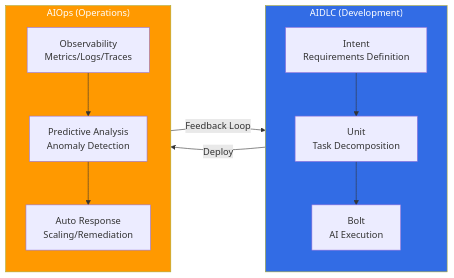
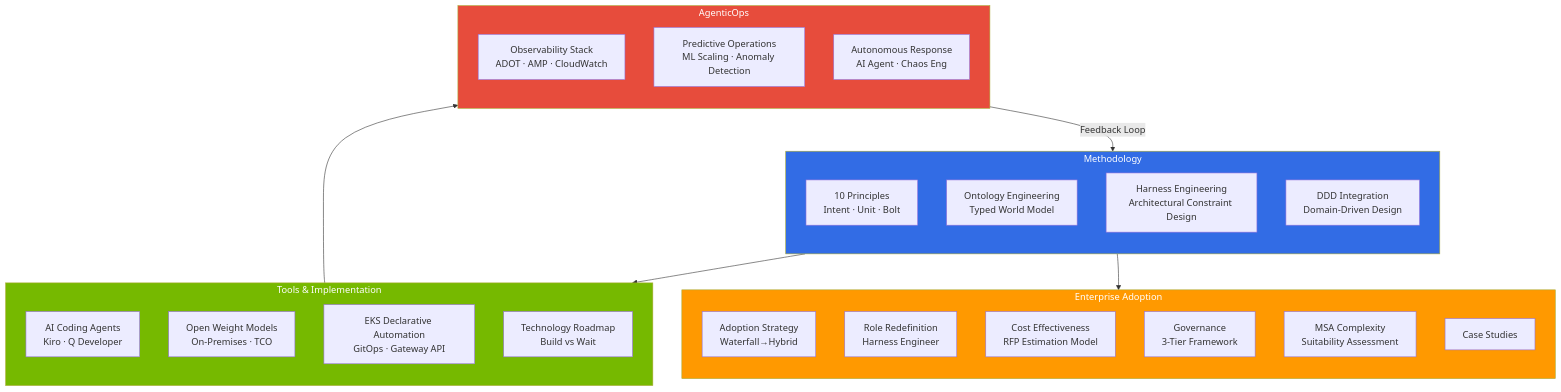
One commit to devfloor9/engineering-playbook changed the diagram in i18n/en/docusaurus-plugin-content-docs/current/aidlc/index.md. Above: the diagram before and after it, drawn with Mermaid. The commit also changed other lines of this file and 27 other files, not shown here.

First line of the commit message:
docs(i18n/en): AIDLC 영어 번역 22개 파일 + domain-customization mermaid 수정

````diff
--- a/i18n/en/docusaurus-plugin-content-docs/current/aidlc/index.md
+++ b/i18n/en/docusaurus-plugin-content-docs/current/aidlc/index.md
@@ -41,20 +22,45 @@
 ```mermaid
-flowchart LR
-    subgraph AIDLC["AIDLC (Development)"]
+flowchart TB
+    subgraph METHOD["Methodology"]
         direction TB
-        INTENT["Intent<br/>Requirements Definition"] --> UNIT["Unit<br/>Task Decomposition"]
-        UNIT --> BOLT["Bolt<br/>AI Execution"]
+        P["10 Principles<br/>Intent · Unit · Bolt"]
+        O["Ontology Engineering<br/>Typed World Model"]
+        H["Harness Engineering<br/>Architectural Constraint Design"]
+        D["DDD Integration<br/>Domain-Driven Design"]
     end
 
-    subgraph AIOPS["AIOps (Operations)"]
+    subgraph ENTER["Enterprise Adoption"]
         direction TB
-        OBS["Observability<br/>Metrics/Logs/Traces"] --> PREDICT["Predictive Analysis<br/>Anomaly Detection"]
-        PREDICT --> AUTO["Auto Response<br/>Scaling/Remediation"]
+        A["Adoption Strategy<br/>Waterfall→Hybrid"]
+        R["Role Redefinition<br/>Harness Engineer"]
+        C["Cost Effectiveness<br/>RFP Estimation Model"]
+        G["Governance<br/>3-Tier Framework"]
+        M["MSA Complexity<br/>Suitability Assessment"]
+        CS["Case Studies"]
     end
 
-    AIDLC -->|"Deploy"| AIOPS
-    AIOPS -->|"Feedback Loop"| AIDLC
+    subgraph TOOL["Tools & Implementation"]
+        direction TB
+        AI["AI Coding Agents<br/>Kiro · Q Developer"]
+        OW["Open Weight Models<br/>On-Premises · TCO"]
+        EKS["EKS Declarative Automation<br/>GitOps · Gateway API"]
+        TR["Technology Roadmap<br/>Build vs Wait"]
+    end
 
-    style AIDLC fill:#326ce5,color:#fff
-    style AIOPS fill:#ff9900,color:#fff
+    subgraph OPS["AgenticOps"]
+        direction TB
+        OB["Observability Stack<br/>ADOT · AMP · CloudWatch"]
+        PR["Predictive Operations<br/>ML Scaling · Anomaly Detection"]
+        AR["Autonomous Response<br/>AI Agent · Chaos Eng"]
+    end
+
+    METHOD --> TOOL
+    METHOD --> ENTER
+    TOOL --> OPS
+    OPS -->|"Feedback Loop"| METHOD
+
+    style METHOD fill:#326ce5,color:#fff
+    style ENTER fill:#ff9900,color:#fff
+    style TOOL fill:#76b900,color:#fff
+    style OPS fill:#e74c3c,color:#fff
 ```
````
